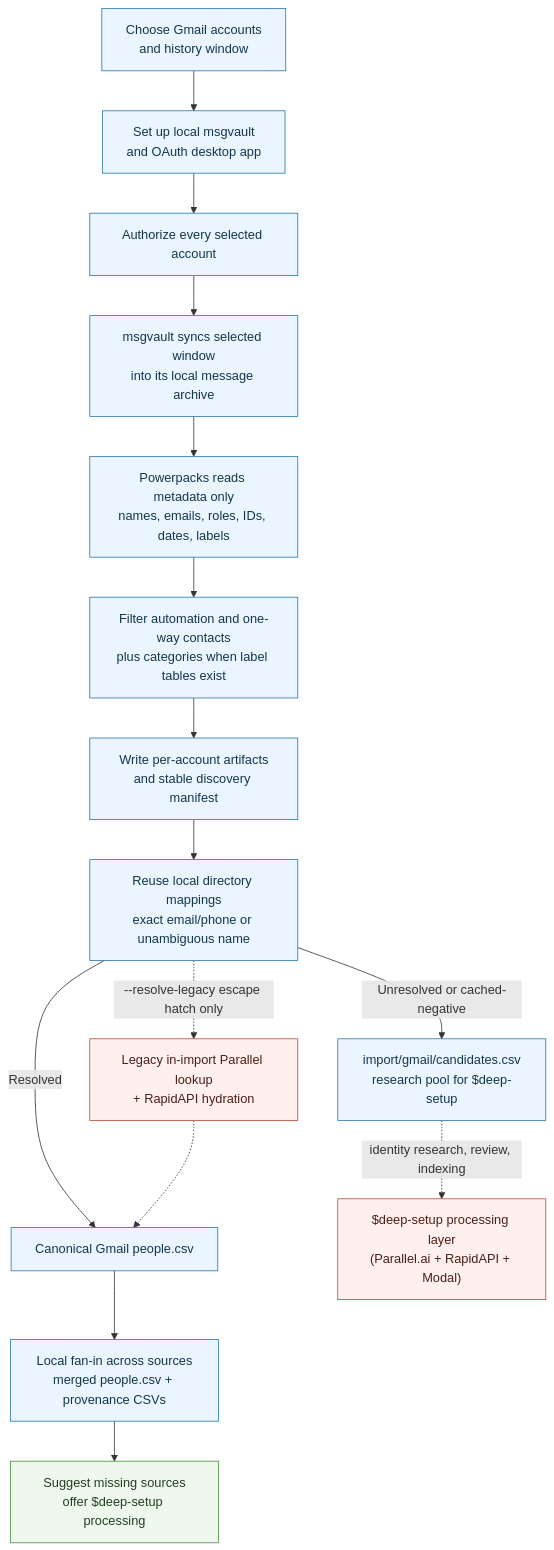
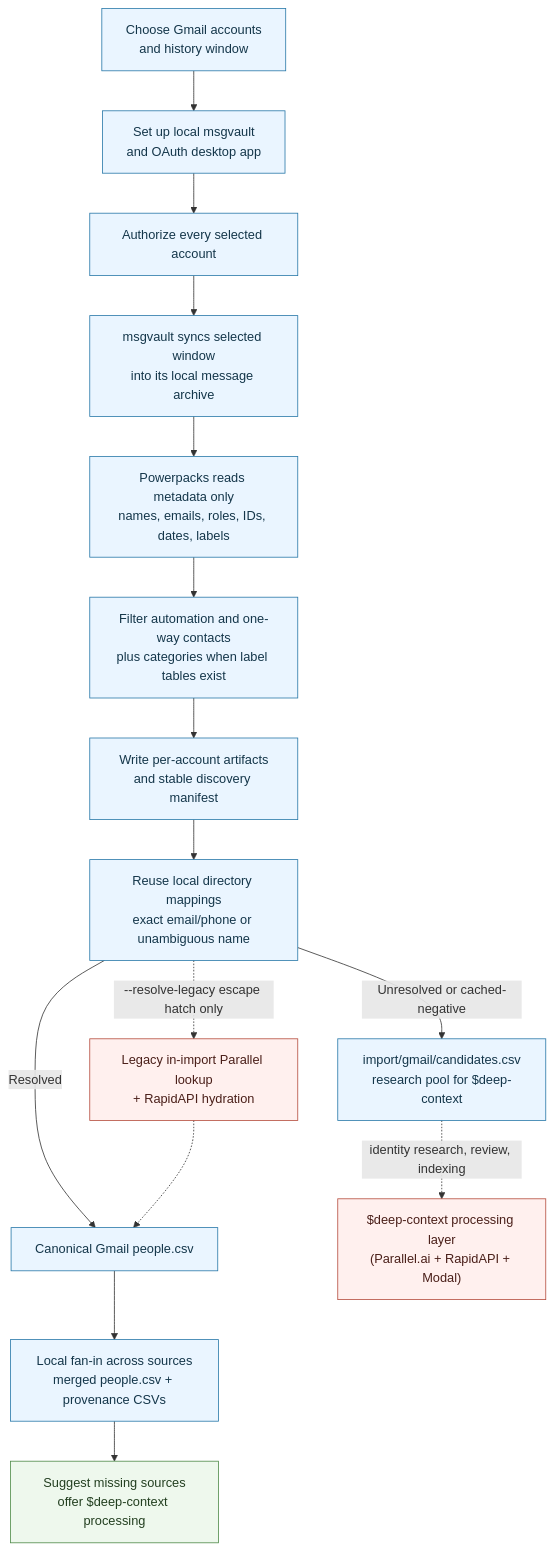
Before and after one commit to powerset-co/powerpacks: the diagram in packs/ingestion/docs/gmail-import-pipeline.md, drawn with Mermaid. The commit also changed other lines of this file and 36 other files, not shown here.

Commit message:
feat: unify deep context review workflow

````diff
--- a/packs/ingestion/docs/gmail-import-pipeline.md
+++ b/packs/ingestion/docs/gmail-import-pipeline.md
@@ -45,27 +45,27 @@
 ```mermaid
 flowchart TD
     A["Choose Gmail accounts<br/>and history window"] --> B["Set up local msgvault<br/>and OAuth desktop app"]
     B --> C["Authorize every selected account"]
     C --> D["msgvault syncs selected window<br/>into its local message archive"]
     D --> E["Powerpacks reads metadata only<br/>names, emails, roles, IDs, dates, labels"]
     E --> F["Filter automation and one-way contacts<br/>plus categories when label tables exist"]
     F --> G["Write per-account artifacts<br/>and stable discovery manifest"]
 
     G --> H["Reuse local directory mappings<br/>exact email/phone or unambiguous name"]
     H -->|Resolved| R["Canonical Gmail people.csv"]
-    H -->|Unresolved or cached-negative| Q["import/gmail/candidates.csv<br/>research pool for $deep-setup"]
+    H -->|Unresolved or cached-negative| Q["import/gmail/candidates.csv<br/>research pool for $deep-context"]
 
     R --> S["Local fan-in across sources<br/>merged people.csv + provenance CSVs"]
-    S --> T["Suggest missing sources<br/>offer $deep-setup processing"]
+    S --> T["Suggest missing sources<br/>offer $deep-context processing"]
 
-    Q -. "identity research, review, indexing" .-> X["$deep-setup processing layer<br/>(Parallel.ai + RapidAPI + Modal)"]
+    Q -. "identity research, review, indexing" .-> X["$deep-context processing layer<br/>(Parallel.ai + RapidAPI + Modal)"]
     H -. "--resolve-legacy escape hatch only" .-> Y["Legacy in-import Parallel lookup<br/>+ RapidAPI hydration"]
     Y -.-> R
 
     classDef local fill:#eaf5ff,stroke:#2878a8,color:#14364a;
     classDef cloud fill:#fff0ee,stroke:#b54c3d,color:#4a1f19;
     classDef output fill:#eef8ed,stroke:#4f8a49,color:#233f20;
     class A,B,C,D,E,F,G,H,Q,R,S local;
     class X,Y cloud;
     class T output;
 ```
````
